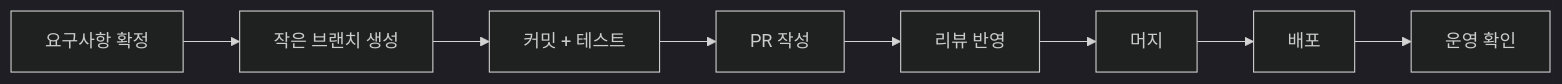
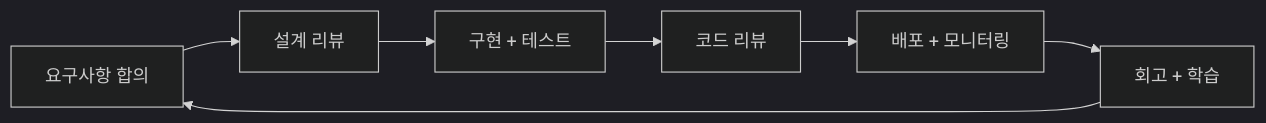
Before and after one commit to yeongseon-books/book-content: the diagram in content/software-engineering-101/ko/01-what-is-software-engineering.md, drawn with Mermaid (dark theme). The commit also changed other lines of this file and 46 other files, not shown here.

````diff
--- a/content/software-engineering-101/ko/01-what-is-software-engineering.md
+++ b/content/software-engineering-101/ko/01-what-is-software-engineering.md
@@ -252,10 +168,9 @@
 ```mermaid
 flowchart LR
-    A["요구사항 확정"] --> B["작은 브랜치 생성"]
-    B --> C["커밋 + 테스트"]
-    C --> D["PR 작성"]
-    D --> E["리뷰 반영"]
-    E --> F["머지"]
-    F --> G["배포"]
-    G --> H["운영 확인"]
+    A["요구사항 합의"] --> B["설계 리뷰"]
+    B --> C["구현 + 테스트"]
+    C --> D["코드 리뷰"]
+    D --> E["배포 + 모니터링"]
+    E --> F["회고 + 학습"]
+    F --> A
 ```
````
